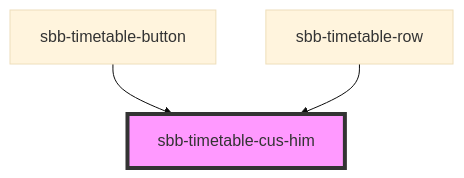
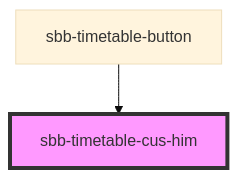
Before and after one commit to sbb-design-systems/lyne-components: the diagram in src/components/sbb-timetable-cus-him/readme.md, drawn with Mermaid (base theme). The commit also changed other lines of this file and 14 other files, not shown here.

Commit message:
feat: sbb-timetable-row initial structure

````diff
--- a/src/components/sbb-timetable-cus-him/readme.md
+++ b/src/components/sbb-timetable-cus-him/readme.md
@@ -25,6 +24,5 @@
 ```mermaid
 graph TD;
   sbb-timetable-button --> sbb-timetable-cus-him
-  sbb-timetable-row --> sbb-timetable-cus-him
   style sbb-timetable-cus-him fill:#f9f,stroke:#333,stroke-width:4px
 ```
````
